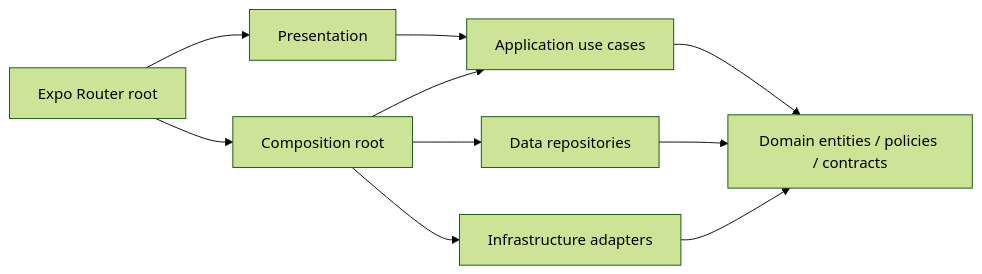
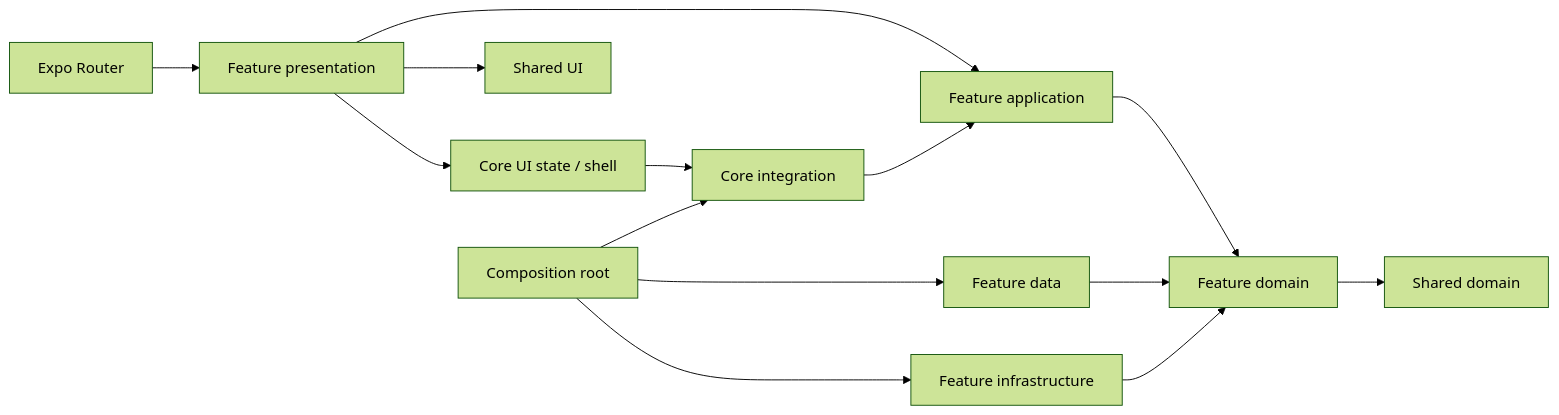
Before and after one commit to emreucbudak/Vettingo-Mobil: the diagram in docs/ARCHITECTURE.md, drawn with Mermaid (forest theme). The commit also changed other lines of this file and 154 other files, not shown here.

Commit message:
Organize mobile features with Clean Architecture

````diff
--- a/docs/ARCHITECTURE.md
+++ b/docs/ARCHITECTURE.md
@@ -20,12 +53,16 @@
 ```mermaid
 flowchart LR
-  P[Presentation] --> A[Application use cases]
-  A --> D[Domain entities / policies / contracts]
-  R[Data repositories] --> D
-  I[Infrastructure adapters] --> D
-  C[Composition root] --> A
-  C --> R
-  C --> I
-  E[Expo Router root] --> C
-  E --> P
+  Routes[Expo Router] --> UI[Feature presentation]
+  UI --> UseCases[Feature application]
+  UseCases --> Domain[Feature domain]
+  Data[Feature data] --> Domain
+  Adapters[Feature infrastructure] --> Domain
+  Core[Core integration] --> UseCases
+  UI --> State[Core UI state / shell]
+  State --> Core
+  Domain --> Shared[Shared domain]
+  UI --> SharedUI[Shared UI]
+  Composition[Composition root] --> Core
+  Composition --> Data
+  Composition --> Adapters
 ```
````
